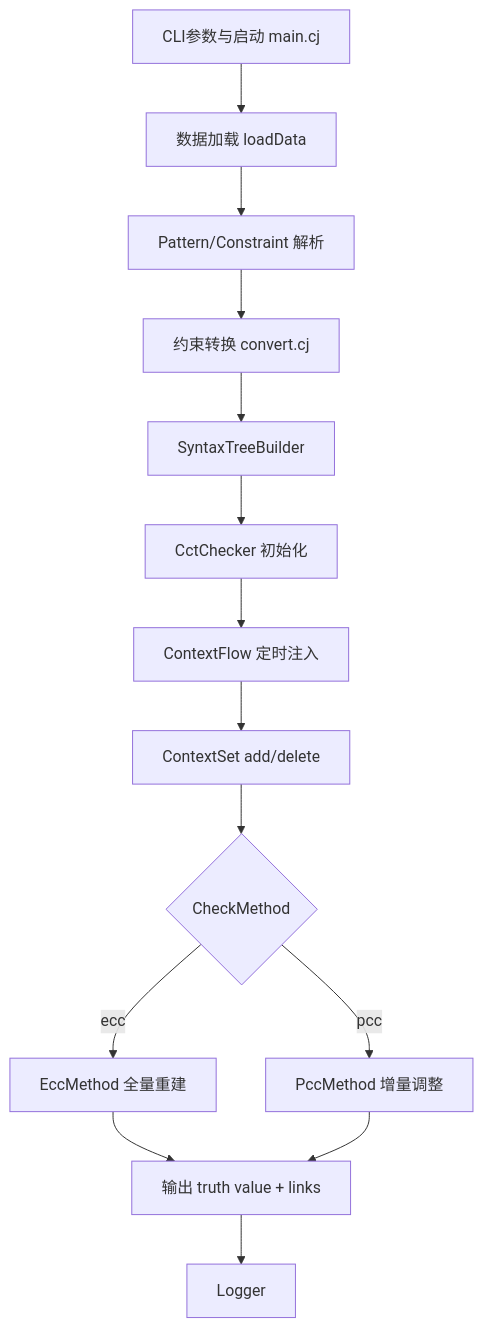
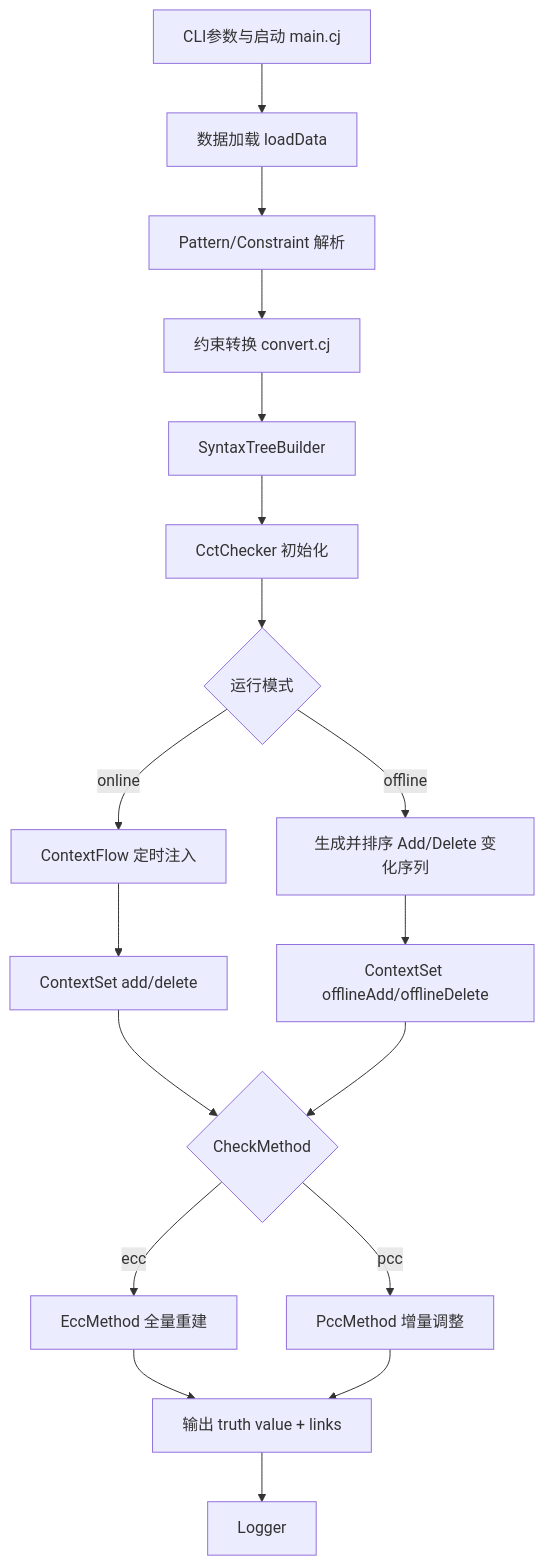
Before and after one commit to yali-hzy/pcc_cangjie: the first of 5 diagrams in ARCHITECTURE.md, drawn with Mermaid. The commit also changed other lines of this file and 3 other files, not shown here.

````diff
--- a/ARCHITECTURE.md
+++ b/ARCHITECTURE.md
@@ -47,16 +48,20 @@
 ```mermaid
 flowchart TD
     A[CLI参数与启动 main.cj] --> B[数据加载 loadData]
     B --> C[Pattern/Constraint 解析]
     C --> D[约束转换 convert.cj]
     D --> E[SyntaxTreeBuilder]
     E --> F[CctChecker 初始化]
-    F --> G[ContextFlow 定时注入]
-    G --> H[ContextSet add/delete]
-    H --> I{CheckMethod}
-    I -->|ecc| J[EccMethod 全量重建]
-    I -->|pcc| K[PccMethod 增量调整]
-    J --> L[输出 truth value + links]
-    K --> L
-    L --> M[Logger]
+  F --> G{运行模式}
+  G -->|online| H[ContextFlow 定时注入]
+  H --> I[ContextSet add/delete]
+  G -->|offline| J[生成并排序 Add/Delete 变化序列]
+  J --> K[ContextSet offlineAdd/offlineDelete]
+  I --> L{CheckMethod}
+  K --> L
+  L -->|ecc| M[EccMethod 全量重建]
+  L -->|pcc| N[PccMethod 增量调整]
+  M --> O[输出 truth value + links]
+  N --> O
+  O --> P[Logger]
 ```
````
